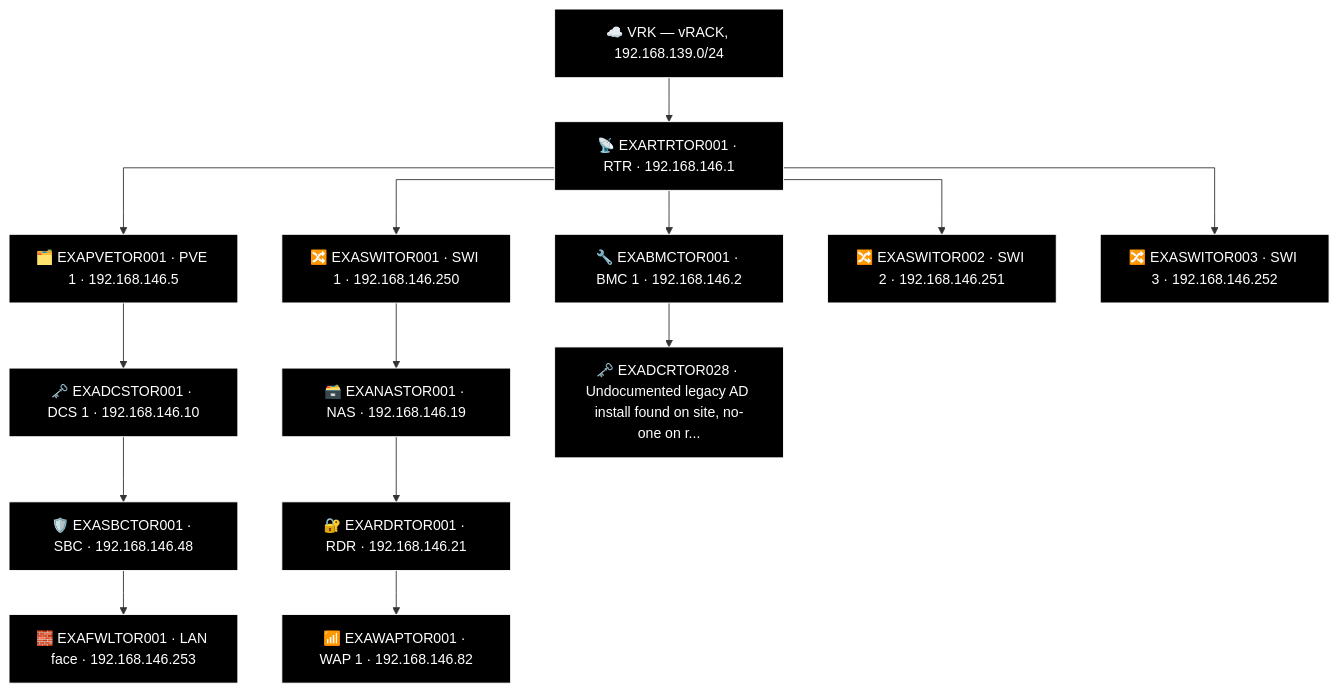
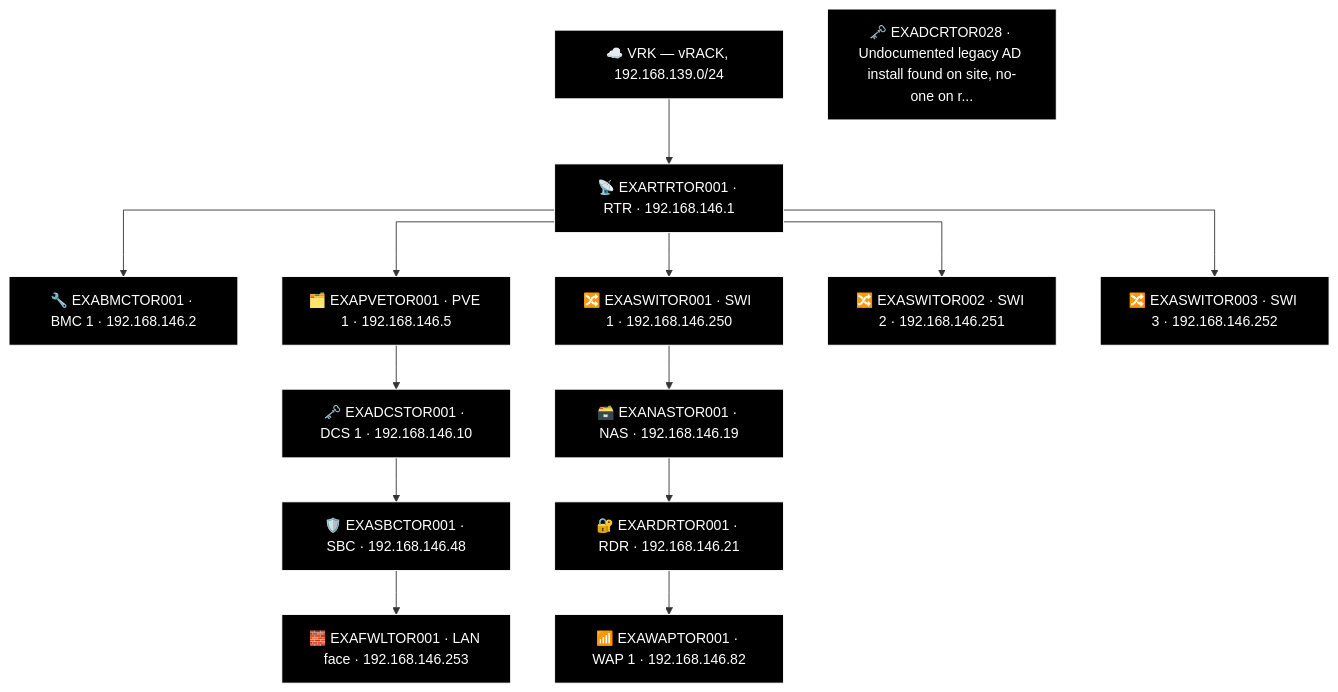
Before and after one commit to knightmare2600/example_music_infra: the fourth of 6 diagrams in docs/network-diagram/canada.md, drawn with Mermaid. The commit also changed other lines of this file and 8 other files, not shown here.

First line of the commit message:
generate_network_diagrams.py: port FAL's two-column "Other" bucket into the generator

````diff
--- a/docs/network-diagram/canada.md
+++ b/docs/network-diagram/canada.md
@@ -147,43 +147,42 @@
 ```mermaid
 %% GENERATED:TOPOLOGY:TOR:START
 %%{init: {'flowchart': {'curve': 'stepAfter'}}}%%
 graph TD
     T_VRK["☁️ VRK — vRACK, 192.168.139.0/24"]
     T_RTR["📡 EXARTRTOR001 · RTR · 192.168.146.1"]
     T_VRK --> T_RTR
     T_BMC["🔧 EXABMCTOR001 · BMC 1 · 192.168.146.2"]
     T_RTR --> T_BMC
     T_PVE["🗂️ EXAPVETOR001 · PVE 1 · 192.168.146.5"]
     T_RTR --> T_PVE
     T_SWI["🔀 EXASWITOR001 · SWI 1 · 192.168.146.250"]
     T_RTR --> T_SWI
     T_SWI2["🔀 EXASWITOR002 · SWI 2 · 192.168.146.251"]
     T_RTR --> T_SWI2
     T_SWI3["🔀 EXASWITOR003 · SWI 3 · 192.168.146.252"]
     T_RTR --> T_SWI3
     T_NAS["🗃️ EXANASTOR001 · NAS · 192.168.146.19"]
     T_RDR["🔐 EXARDRTOR001 · RDR · 192.168.146.21"]
     T_WAP["📶 EXAWAPTOR001 · WAP 1 · 192.168.146.82"]
     T_SWI --> T_NAS --> T_RDR --> T_WAP
     T_DCS["🗝️ EXADCSTOR001 · DCS 1 · 192.168.146.10"]
     T_SBC["🛡️ EXASBCTOR001 · SBC · 192.168.146.48"]
     T_FWL["🧱 EXAFWLTOR001 · LAN face · 192.168.146.253"]
     T_PVE --> T_DCS --> T_SBC --> T_FWL
     T_DCR["🗝️ EXADCRTOR028 · Undocumented legacy AD install found on site, no-one on r..."]
-    T_BMC --> T_DCR
     style T_VRK fill:#000000,stroke:#FFFFFF,color:#FFFFFF
     style T_RTR fill:#000000,stroke:#FFFFFF,color:#FFFFFF
     style T_BMC fill:#000000,stroke:#FFFFFF,color:#FFFFFF
     style T_PVE fill:#000000,stroke:#FFFFFF,color:#FFFFFF
     style T_SWI fill:#000000,stroke:#FFFFFF,color:#FFFFFF
     style T_SWI2 fill:#000000,stroke:#FFFFFF,color:#FFFFFF
     style T_SWI3 fill:#000000,stroke:#FFFFFF,color:#FFFFFF
     style T_NAS fill:#000000,stroke:#FFFFFF,color:#FFFFFF
     style T_RDR fill:#000000,stroke:#FFFFFF,color:#FFFFFF
     style T_WAP fill:#000000,stroke:#FFFFFF,color:#FFFFFF
     style T_DCS fill:#000000,stroke:#FFFFFF,color:#FFFFFF
     style T_SBC fill:#000000,stroke:#FFFFFF,color:#FFFFFF
     style T_FWL fill:#000000,stroke:#FFFFFF,color:#FFFFFF
     style T_DCR fill:#000000,stroke:#FFFFFF,color:#FFFFFF
 %% GENERATED:TOPOLOGY:TOR:END
 ```
````
